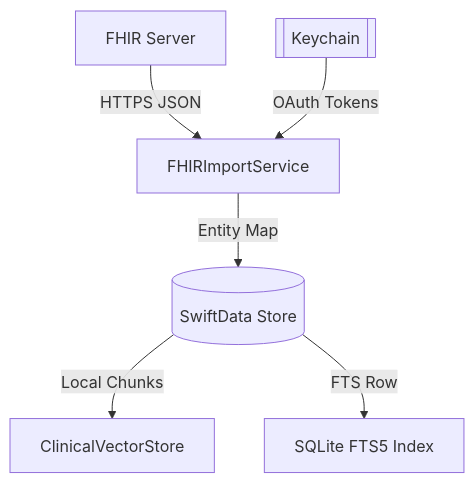
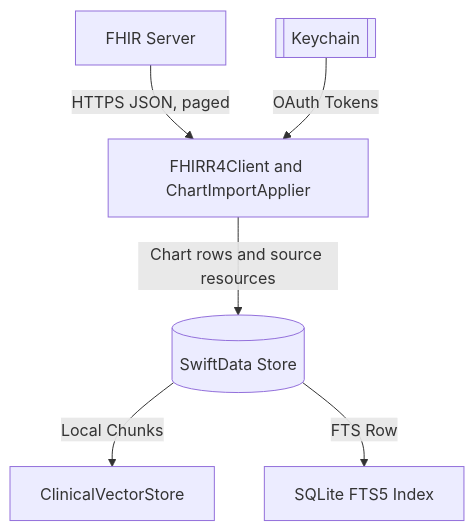
The fourth of 4 diagrams in README.md (Gunnarguy/OpenClinic), drawn with Mermaid before and after one commit. The commit also changed other lines of this file and 10 other files, not shown here.

````diff
--- a/README.md
+++ b/README.md
@@ -116,8 +134,8 @@
 ```mermaid
 flowchart TD
-    FHIR[FHIR Server] -->|HTTPS JSON| Import[FHIRImportService]
-    Import -->|Entity Map| SD[(SwiftData Store)]
+    FHIR[FHIR Server] -->|HTTPS JSON, paged| Import[FHIRR4Client and ChartImportApplier]
+    Import -->|Chart rows and source resources| SD[(SwiftData Store)]
     SD -->|Local Chunks| VectorStore[ClinicalVectorStore]
     SD -->|FTS Row| FTS[SQLite FTS5 Index]
     Keychain[[Keychain]] -->|OAuth Tokens| Import
 ```
````
